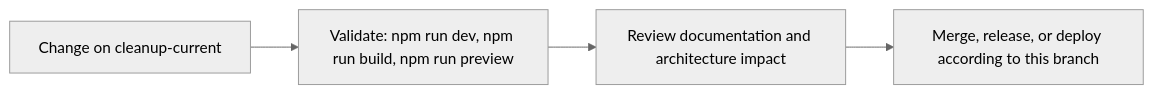
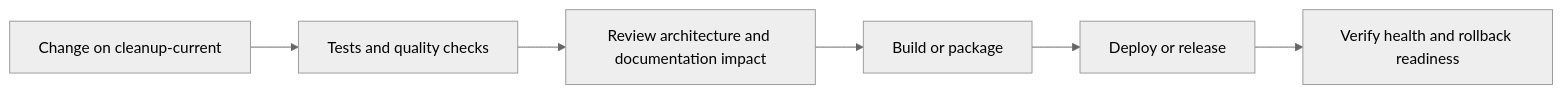
One commit to Nischhalsubba/nischhalsubba.com.np changed the fourth of 5 diagrams in README.md. Above: the diagram before and after it, drawn with Mermaid (neutral theme). The commit also changed other lines of this file, not shown here.

````diff
--- a/README.md
+++ b/README.md
@@ -77,8 +164,8 @@
 ```mermaid
 flowchart LR
-    CHANGE["Change on cleanup-current"]
-    CHECK["Validate: npm run dev, npm run build, npm run preview"]
-    REVIEW["Review documentation and architecture impact"]
-    RELEASE["Merge, release, or deploy according to this branch"]
-    CHANGE --> CHECK --> REVIEW --> RELEASE
+    CHANGE["Change on cleanup-current"] --> CHECK["Tests and quality checks"]
+    CHECK --> REVIEW["Review architecture and documentation impact"]
+    REVIEW --> BUILD["Build or package"]
+    BUILD --> DEPLOY["Deploy or release"]
+    DEPLOY --> VERIFY["Verify health and rollback readiness"]
 ```
````
